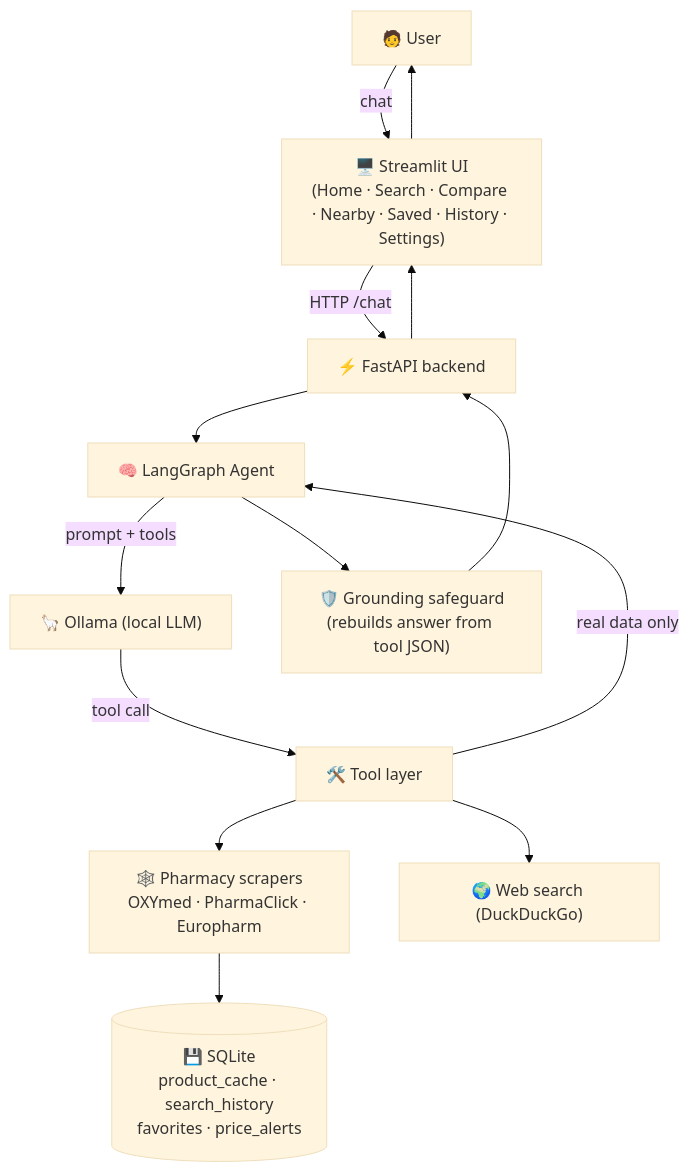
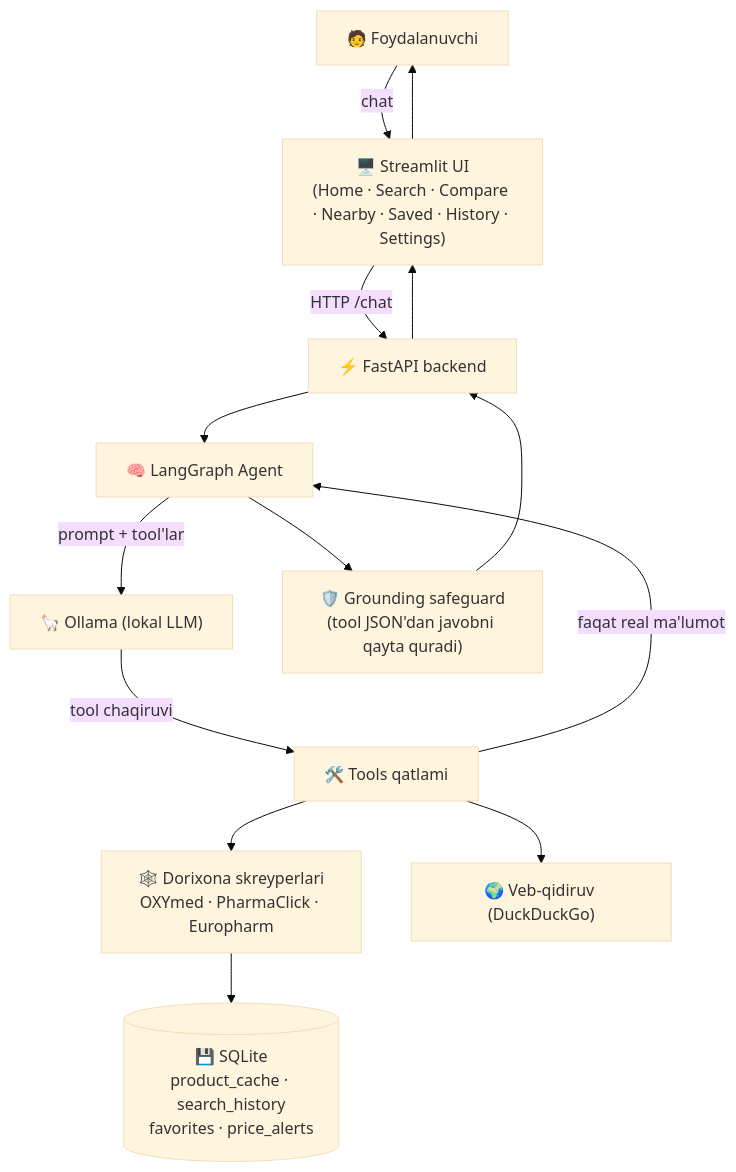
Before and after one commit to hamydullodev/project: the diagram in ai_pharmacy/README.md, drawn with Mermaid (base theme). The commit also changed other lines of this file and 2 other files, not shown here.

First line of the commit message:
docs(ai_pharmacy): translate README to Uzbek, update maintainer contact

````diff
--- a/ai_pharmacy/README.md
+++ b/ai_pharmacy/README.md
@@ -119,16 +119,16 @@
 ```mermaid
 flowchart TD
-    U["🧑 User"] -->|chat| UI["🖥️ Streamlit UI<br/>(Home · Search · Compare · Nearby · Saved · History · Settings)"]
+    U["🧑 Foydalanuvchi"] -->|chat| UI["🖥️ Streamlit UI<br/>(Home · Search · Compare · Nearby · Saved · History · Settings)"]
     UI -->|HTTP /chat| API["⚡ FastAPI backend"]
     API --> GRAPH["🧠 LangGraph Agent"]
-    GRAPH -->|prompt + tools| LLM["🦙 Ollama (local LLM)"]
-    LLM -->|tool call| TOOLS["🛠️ Tool layer"]
-    TOOLS --> SCRAPERS["🕸️ Pharmacy scrapers<br/>OXYmed · PharmaClick · Europharm"]
-    TOOLS --> WEBSEARCH["🌍 Web search (DuckDuckGo)"]
+    GRAPH -->|prompt + tool'lar| LLM["🦙 Ollama (lokal LLM)"]
+    LLM -->|tool chaqiruvi| TOOLS["🛠️ Tools qatlami"]
+    TOOLS --> SCRAPERS["🕸️ Dorixona skreyperlari<br/>OXYmed · PharmaClick · Europharm"]
+    TOOLS --> WEBSEARCH["🌍 Veb-qidiruv (DuckDuckGo)"]
     SCRAPERS --> CACHE[("💾 SQLite<br/>product_cache · search_history<br/>favorites · price_alerts")]
-    TOOLS -->|real data only| GRAPH
-    GRAPH --> GUARD["🛡️ Grounding safeguard<br/>(rebuilds answer from tool JSON)"]
+    TOOLS -->|faqat real ma'lumot| GRAPH
+    GRAPH --> GUARD["🛡️ Grounding safeguard<br/>(tool JSON'dan javobni qayta quradi)"]
     GUARD --> API
     API --> UI
     UI --> U
 ```
````
